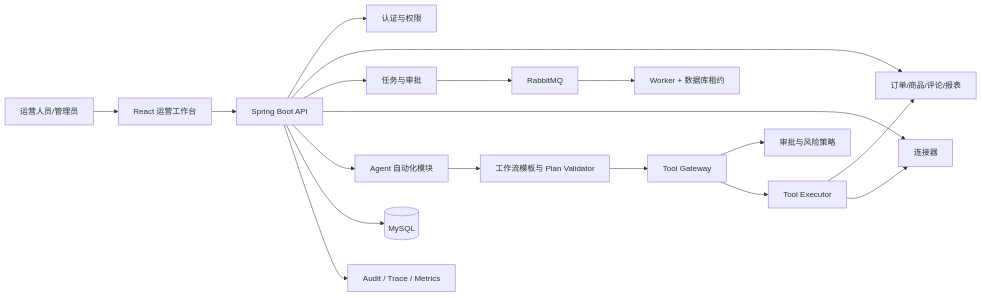
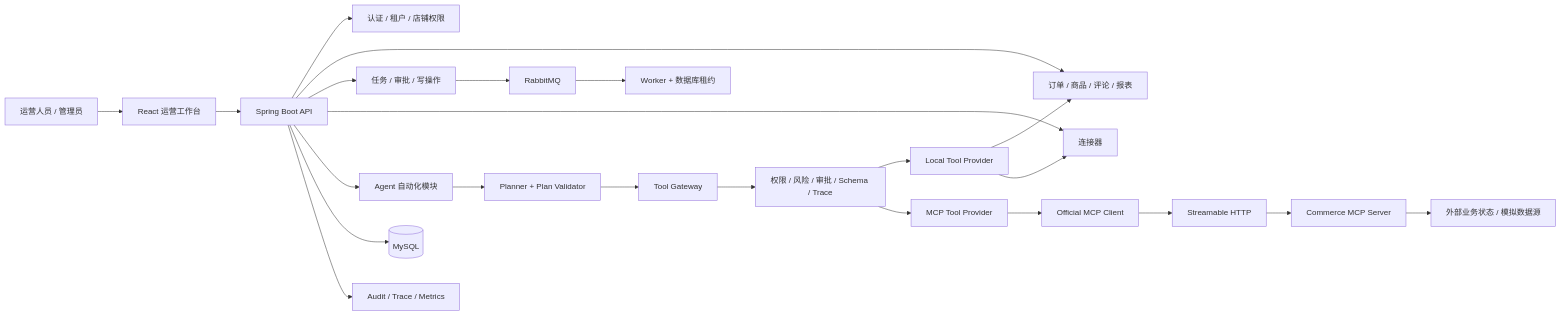
The diagram in README.md (SiriThree/ShopOps-Agent), drawn with Mermaid before and after one commit. The commit also changed other lines of this file, not shown here.

````diff
--- a/README.md
+++ b/README.md
@@ -54,20 +95,32 @@
 ```mermaid
 flowchart LR
-    U[运营人员/管理员] --> UI[React 运营工作台]
+    U[运营人员 / 管理员] --> UI[React 运营工作台]
     UI --> API[Spring Boot API]
-    API --> AUTH[认证与权限]
-    API --> BIZ[订单/商品/评论/报表]
-    API --> TASK[任务与审批]
+
+    API --> AUTH[认证 / 租户 / 店铺权限]
+    API --> BIZ[订单 / 商品 / 评论 / 报表]
+    API --> TASK[任务 / 审批 / 写操作]
     API --> CONN[连接器]
     API --> AGENT[Agent 自动化模块]
-    AGENT --> PLAN[工作流模板与 Plan Validator]
-    PLAN --> TOOL[Tool Gateway]
-    TOOL --> APPROVAL[审批与风险策略]
-    TOOL --> EXEC[Tool Executor]
-    EXEC --> BIZ
-    EXEC --> CONN
+
+    AGENT --> PLAN[Planner + Plan Validator]
+    PLAN --> GATEWAY[Tool Gateway]
+
+    GATEWAY --> GOV[权限 / 风险 / 审批 / Schema / Trace]
+    GOV --> LOCAL[Local Tool Provider]
+    GOV --> MCP[MCP Tool Provider]
+
+    MCP --> CLIENT[Official MCP Client]
+    CLIENT --> HTTP[Streamable HTTP]
+    HTTP --> SERVER[Commerce MCP Server]
+    SERVER --> EXT[外部业务状态 / 模拟数据源]
+
+    LOCAL --> BIZ
+    LOCAL --> CONN
+
     TASK --> MQ[RabbitMQ]
     MQ --> WORKER[Worker + 数据库租约]
+
     API --> DB[(MySQL)]
     API --> OBS[Audit / Trace / Metrics]
 ```
````
